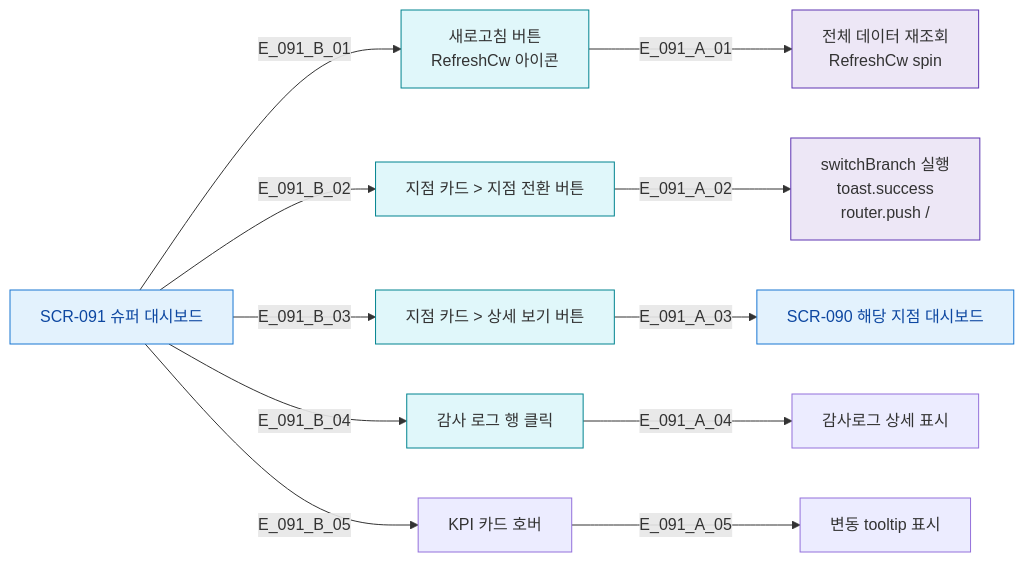
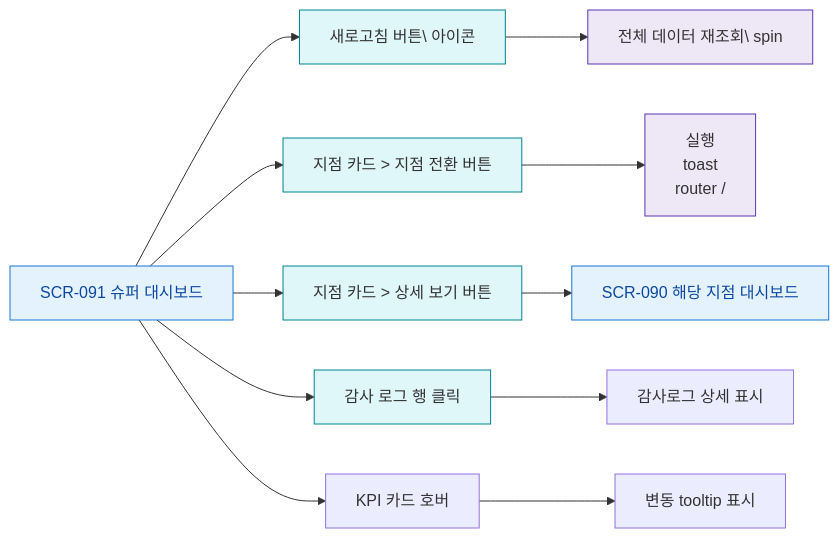
Before and after one commit to dev-spogym/admin-pando: the diagram in docs/다이어그램/D10_본사관리/SCR-091_슈퍼대시보드/F3_버튼액션.md, drawn with Mermaid. The commit also changed other lines of this file and 1660 other files, not shown here.

First line of the commit message:
다이어그램: 기획자/클라이언트 납품본으로 정리

````diff
--- a/docs/다이어그램/D10_본사관리/SCR-091_슈퍼대시보드/F3_버튼액션.md
+++ b/docs/다이어그램/D10_본사관리/SCR-091_슈퍼대시보드/F3_버튼액션.md
@@ -14,24 +12,24 @@
 ```mermaid
 flowchart LR
   SCR_091[SCR-091 슈퍼 대시보드]
 
-  SCR_091 -->|E_091_B_01| BTN_REFRESH[새로고침 버튼\nRefreshCw 아이콘]
-  SCR_091 -->|E_091_B_02| BTN_SWITCH[지점 카드 > 지점 전환 버튼]
-  SCR_091 -->|E_091_B_03| BTN_DETAIL[지점 카드 > 상세 보기 버튼]
-  SCR_091 -->|E_091_B_04| BTN_AUDIT[감사 로그 행 클릭]
-  SCR_091 -->|E_091_B_05| BTN_KPI_CARD[KPI 카드 호버]
+  SCR_091 --> BTN_REFRESH[새로고침 버튼\ 아이콘]
+  SCR_091 --> BTN_SWITCH[지점 카드 > 지점 전환 버튼]
+  SCR_091 --> BTN_DETAIL[지점 카드 > 상세 보기 버튼]
+  SCR_091 --> BTN_AUDIT[감사 로그 행 클릭]
+  SCR_091 --> BTN_KPI_CARD[KPI 카드 호버]
 
-  BTN_REFRESH -->|E_091_A_01| ACT_RELOAD[전체 데이터 재조회\nRefreshCw spin]
-  BTN_SWITCH -->|E_091_A_02| ACT_SWITCH[switchBranch 실행\ntoast.success\nrouter.push /]
-  BTN_DETAIL -->|E_091_A_03| SCR_090[SCR-090 해당 지점 대시보드]
-  BTN_AUDIT -->|E_091_A_04| ACT_AUDIT[감사로그 상세 표시]
-  BTN_KPI_CARD -->|E_091_A_05| ACT_TOOLTIP[변동 tooltip 표시]
+  BTN_REFRESH --> ACT_RELOAD[전체 데이터 재조회\ spin]
+  BTN_SWITCH --> ACT_SWITCH[실행\ntoast\nrouter /]
+  BTN_DETAIL --> SCR_090[SCR-090 해당 지점 대시보드]
+  BTN_AUDIT --> ACT_AUDIT[감사로그 상세 표시]
+  BTN_KPI_CARD --> ACT_TOOLTIP[변동 tooltip 표시]
 
   classDef screen fill:#E3F2FD,stroke:#1976D2,color:#0D47A1
   classDef system fill:#EDE7F6,stroke:#5E35B2
   classDef action fill:#E0F7FA,stroke:#00838F
 
   class SCR_091,SCR_090 screen
   class ACT_SWITCH,ACT_RELOAD system
   class BTN_REFRESH,BTN_SWITCH,BTN_DETAIL,BTN_AUDIT action
 ```
````
